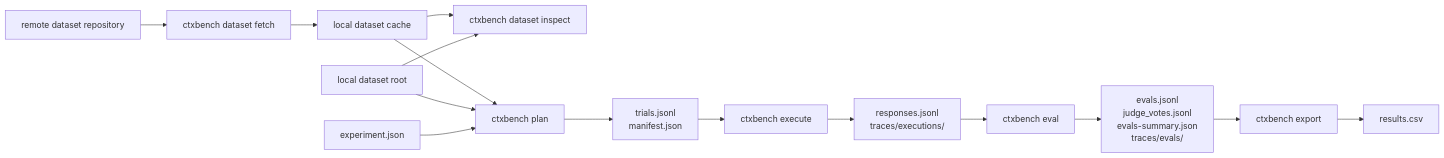
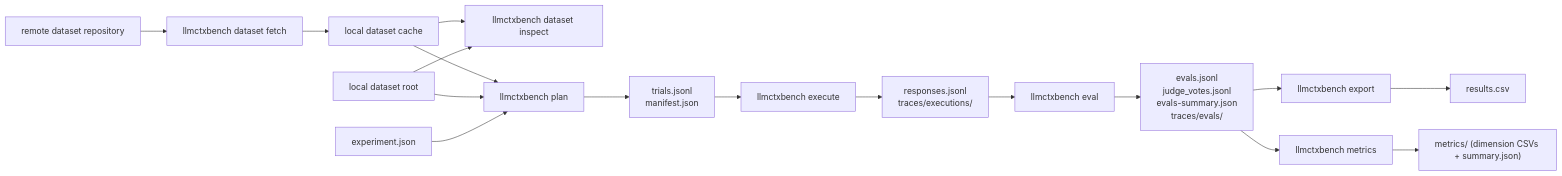
The diagram in docs/architecture/workflow.md (michelav/llmcontextbench), drawn with Mermaid before and after one commit. The commit also changed other lines of this file and 42 other files, not shown here.

````diff
--- a/docs/architecture/workflow.md
+++ b/docs/architecture/workflow.md
@@ -13,17 +13,19 @@
 ```mermaid
 flowchart LR
-    A["remote dataset repository"] --> B["ctxbench dataset fetch"]
+    A["remote dataset repository"] --> B["llmctxbench dataset fetch"]
     B --> C["local dataset cache"]
-    C --> D["ctxbench dataset inspect"]
+    C --> D["llmctxbench dataset inspect"]
     E["local dataset root"] --> D
-    C --> F["ctxbench plan"]
+    C --> F["llmctxbench plan"]
     E --> F
     G["experiment.json"] --> F
     F --> H["trials.jsonl<br/>manifest.json"]
-    H --> I["ctxbench execute"]
+    H --> I["llmctxbench execute"]
     I --> J["responses.jsonl<br/>traces/executions/"]
-    J --> K["ctxbench eval"]
+    J --> K["llmctxbench eval"]
     K --> L["evals.jsonl<br/>judge_votes.jsonl<br/>evals-summary.json<br/>traces/evals/"]
-    L --> M["ctxbench export"]
+    L --> M["llmctxbench export"]
     M --> N["results.csv"]
+    L --> O["llmctxbench metrics"]
+    O --> P["metrics/ (dimension CSVs + summary.json)"]
 ```
````
